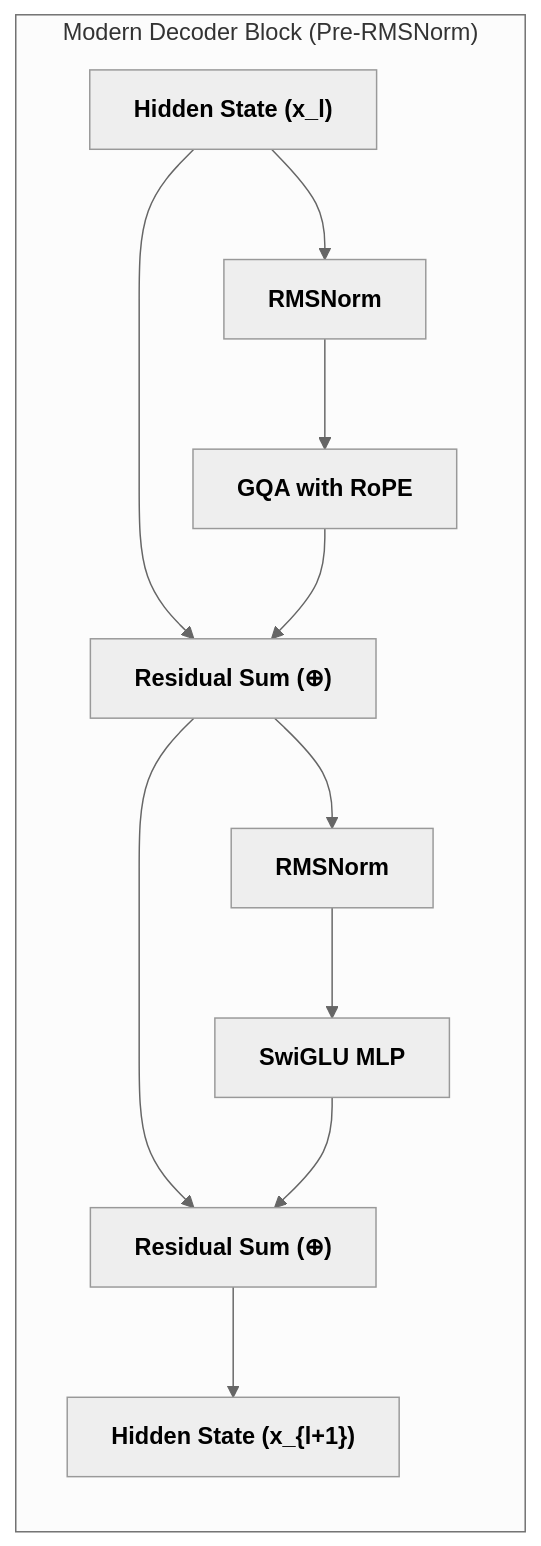
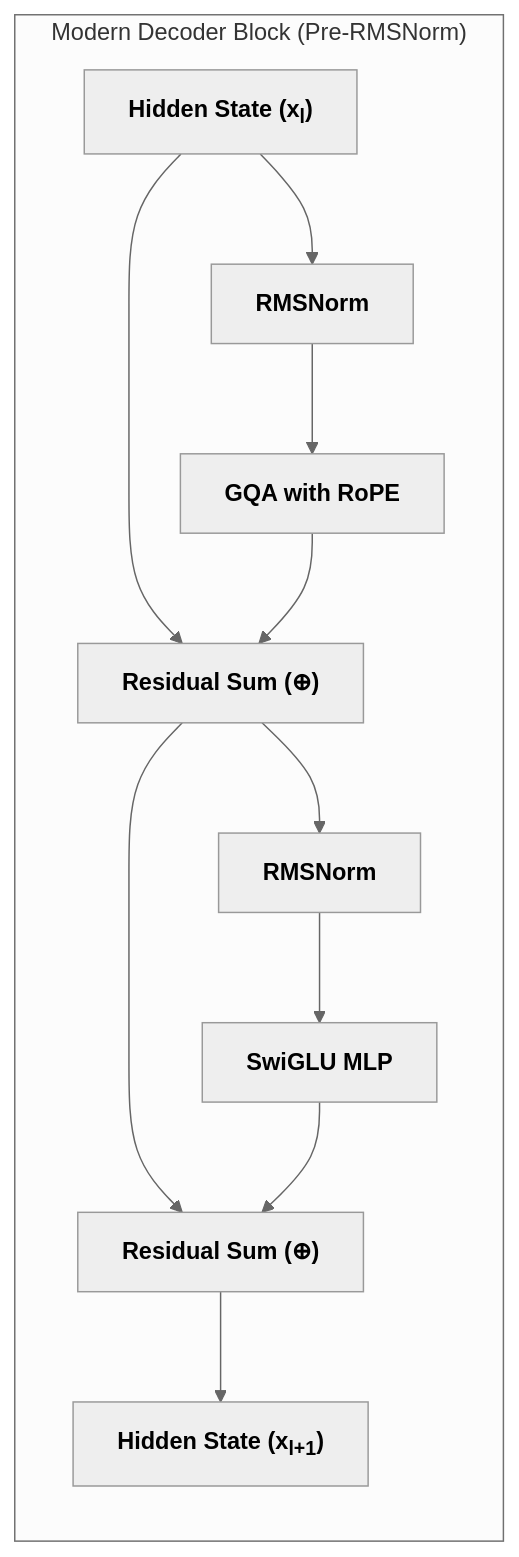
The third of 4 diagrams in content/foundations/model_architecture.md (shotsan/llmnerd), drawn with Mermaid (neutral theme) before and after one commit. The commit also changed other lines of this file and 12 other files, not shown here.

````diff
--- a/content/foundations/model_architecture.md
+++ b/content/foundations/model_architecture.md
@@ -101,16 +94,16 @@
 ```mermaid
 flowchart LR
     subgraph Block["Modern Decoder Block (Pre-RMSNorm)"]
         direction TB
-        In["<b>Hidden State (x_l)</b>"] --> Norm1["<b>RMSNorm</b>"]
+        In["<b>Hidden State (x<sub>l</sub>)</b>"] --> Norm1["<b>RMSNorm</b>"]
         Norm1 --> Attn["<b>GQA with RoPE</b>"]
         In --> Add1["<b>Residual Sum (⊕)</b>"]
         Attn --> Add1
 
         Add1 --> Norm2["<b>RMSNorm</b>"]
         Norm2 --> SwiGLU["<b>SwiGLU MLP</b>"]
         Add1 --> Add2["<b>Residual Sum (⊕)</b>"]
         SwiGLU --> Add2
-        Add2 --> Out["<b>Hidden State (x_{l+1})</b>"]
+        Add2 --> Out["<b>Hidden State (x<sub>l+1</sub>)</b>"]
     end
 ```
````
